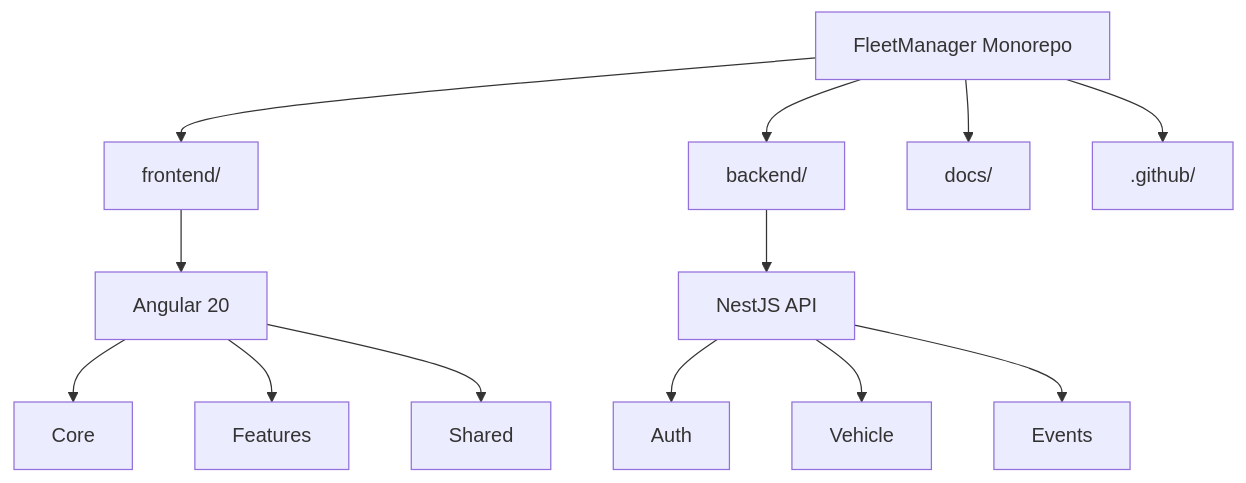
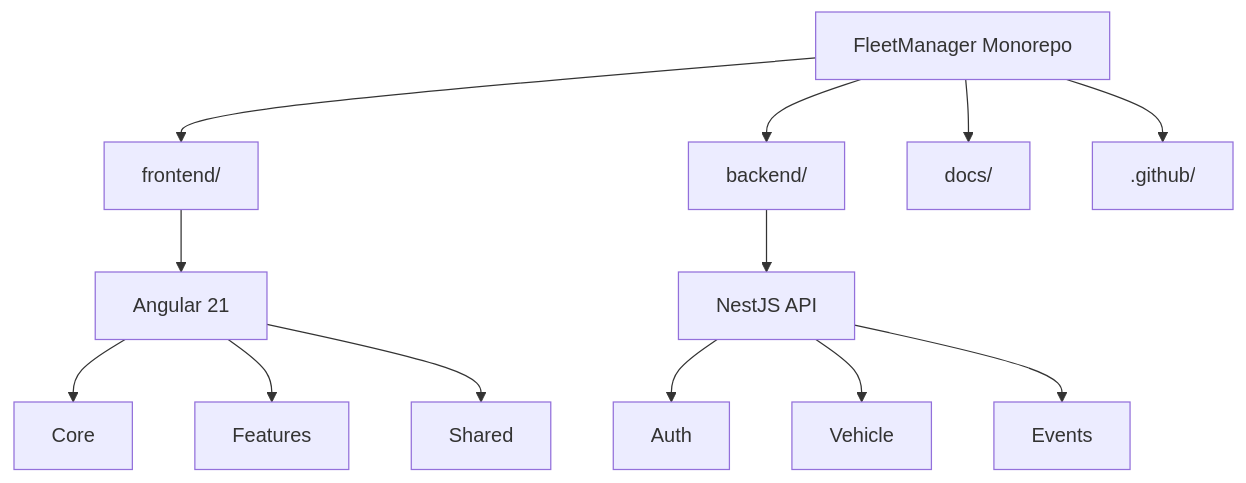
One commit to JordiMiravet/FleetManager changed the first of 2 diagrams in docs/architecture.md. Above: the diagram before and after it, drawn with Mermaid.

Commit message:
docs(architecture): update Angular version to 21 in architecture guide (#623)

````diff
--- a/docs/architecture.md
+++ b/docs/architecture.md
@@ -38,19 +38,19 @@
 ```mermaid
 flowchart TD
     R["FleetManager Monorepo"]
 
     R --> F["frontend/"]
     R --> B["backend/"]
     R --> D["docs/"]
     R --> G[".github/"]
 
-    F --> FA["Angular 20"]
+    F --> FA["Angular 21"]
     FA --> FC["Core"]
     FA --> FF["Features"]
     FA --> FS["Shared"]
 
     B --> BA["NestJS API"]
     BA --> AUTH["Auth"]
     BA --> VEH["Vehicle"]
     BA --> EVT["Events"]
 ```
````
